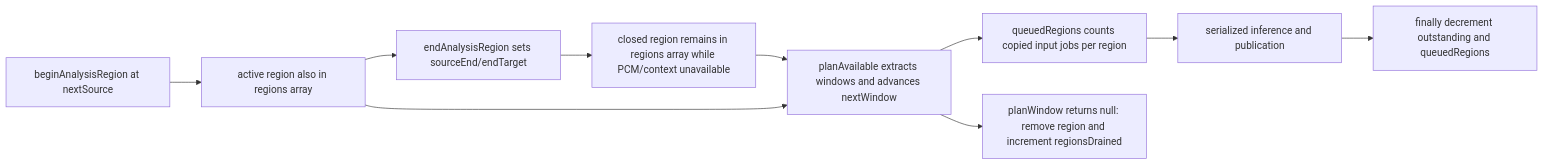
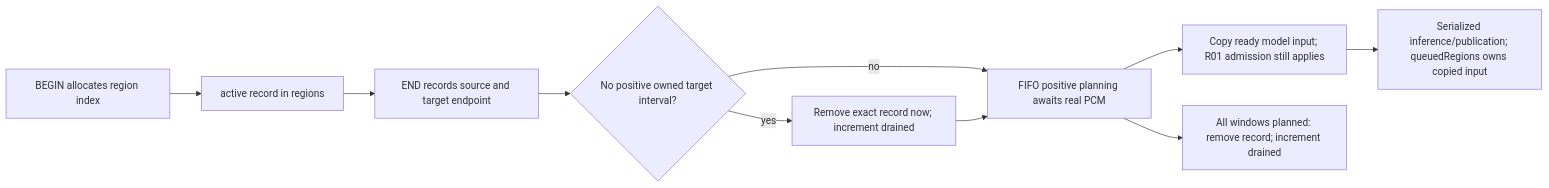
One commit to tinghui0912/NoteVerse-Pro changed the diagram in docs/architecture/practice-acoustic-resource-semantics.md. Above: the diagram before and after it, drawn with Mermaid. The commit also changed other lines of this file and 11 other files, not shown here.

````diff
--- a/docs/architecture/practice-acoustic-resource-semantics.md
+++ b/docs/architecture/practice-acoustic-resource-semantics.md
@@ -97,12 +122,12 @@
 ```mermaid
 flowchart LR
-  B[beginAnalysisRegion at nextSource] --> A[active region also in regions array]
-  A --> E[endAnalysisRegion sets sourceEnd/endTarget]
-  E --> R[closed region remains in regions array while PCM/context unavailable]
-  R --> P[planAvailable extracts windows and advances nextWindow]
-  A --> P
-  P --> Q[queuedRegions counts copied input jobs per region]
-  P --> N[planWindow returns null: remove region and increment regionsDrained]
-  Q --> I[serialized inference and publication]
-  I --> F[finally decrement outstanding and queuedRegions]
+  B[BEGIN allocates region index] --> A[active record in regions]
+  A --> E[END records source and target endpoint]
+  E --> Z{No positive owned target interval?}
+  Z -->|yes| X[Remove exact record now; increment drained]
+  Z -->|no| P[FIFO positive planning awaits real PCM]
+  X --> P
+  P --> Q[Copy ready model input; R01 admission still applies]
+  P --> R[All windows planned: remove record; increment drained]
+  Q --> I[Serialized inference/publication; queuedRegions owns copied input]
 ```
````
